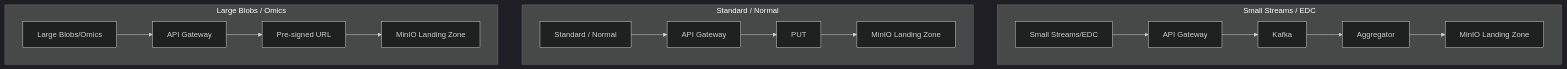
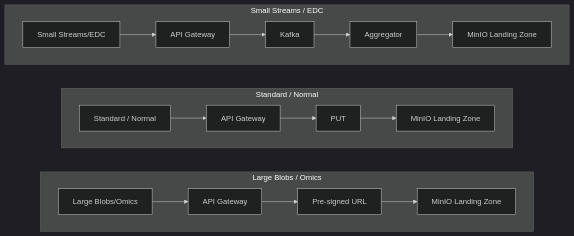
Before and after one commit to PedroMTQ/data_architecture_blueprint: the diagram in docs/data_ingestion_bronze_layer.md, drawn with Mermaid (dark theme). The commit also changed other lines of this file and 9 other files, not shown here.

````diff
--- a/docs/data_ingestion_bronze_layer.md
+++ b/docs/data_ingestion_bronze_layer.md
@@ -63,15 +63,17 @@
 ```mermaid
 flowchart TB
     subgraph smallStreams [Small Streams / EDC]
         direction LR
         SEDC[Small Streams/EDC] --> GW1[API Gateway] --> Kafka[Kafka] --> Agg[Aggregator] --> LZ1[MinIO Landing Zone]
     end
     subgraph standardPayload [Standard / Normal]
         direction LR
         STD["Standard / Normal"] --> GW2[API Gateway] --> PUT[PUT] --> LZ2[MinIO Landing Zone]
     end
     subgraph largeBlobs [Large Blobs / Omics]
         direction LR
         OMICS[Large Blobs/Omics] --> GW3[API Gateway] --> Presign[Pre-signed URL] --> LZ3[MinIO Landing Zone]
     end
+    smallStreams ~~~ standardPayload
+    standardPayload ~~~ largeBlobs
 ```
````
